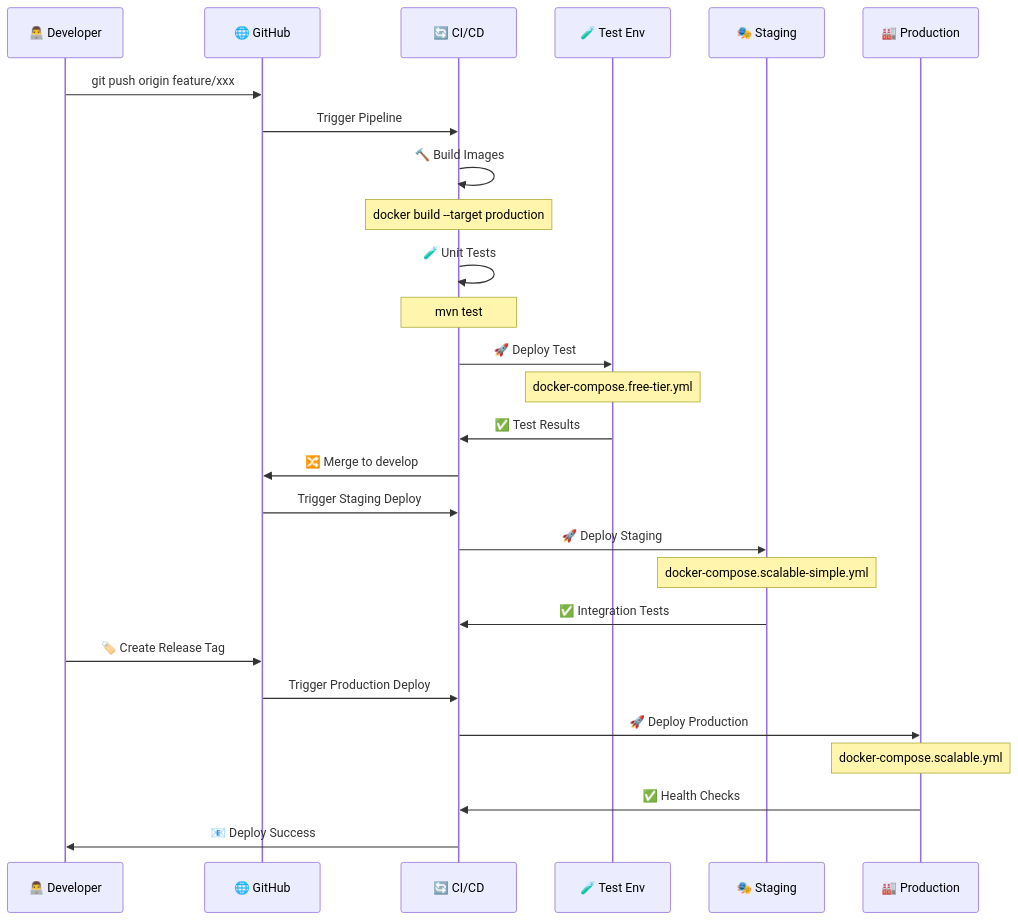
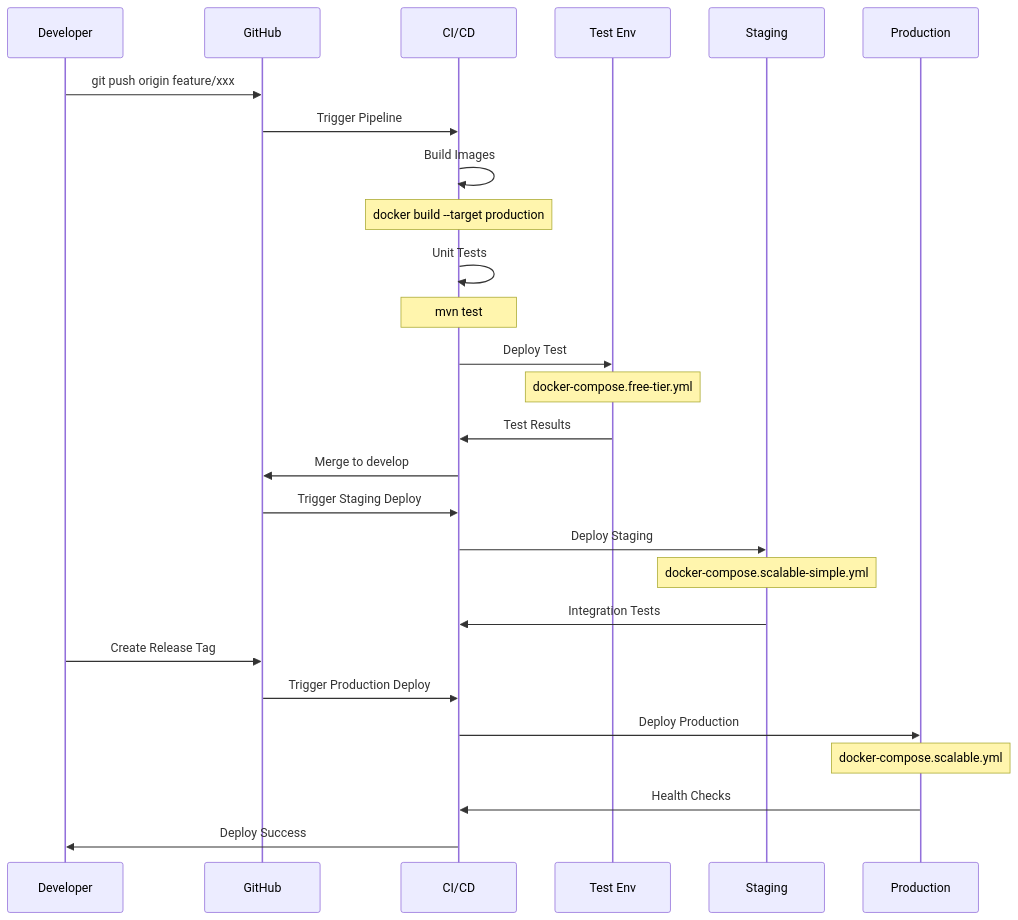
One commit to italo-costa/estudosKBNT_Kafka_Logs_V2_cleanCode changed the third of 7 diagrams in DEPLOYMENT_STRATEGIES.md. Above: the diagram before and after it, drawn with Mermaid. The commit also changed other lines of this file and 1 other file, not shown here.

First line of the commit message:
docs: Remove emojis from Mermaid diagrams for better GitHub rendering

````diff
--- a/DEPLOYMENT_STRATEGIES.md
+++ b/DEPLOYMENT_STRATEGIES.md
@@ -109,40 +109,40 @@
 ```mermaid
 sequenceDiagram
-    participant Dev as 👨‍💻 Developer
-    participant Git as 🌐 GitHub
-    participant CI as 🔄 CI/CD
-    participant Test as 🧪 Test Env
-    participant Staging as 🎭 Staging
-    participant Prod as 🏭 Production
+    participant Dev as Developer
+    participant Git as GitHub
+    participant CI as CI/CD
+    participant Test as Test Env
+    participant Staging as Staging
+    participant Prod as Production
     
     Dev->>Git: git push origin feature/xxx
     Git->>CI: Trigger Pipeline
     
-    CI->>CI: 🔨 Build Images
+    CI->>CI: Build Images
     note over CI: docker build --target production
     
-    CI->>CI: 🧪 Unit Tests
+    CI->>CI: Unit Tests
     note over CI: mvn test
     
-    CI->>Test: 🚀 Deploy Test
+    CI->>Test: Deploy Test
     note over Test: docker-compose.free-tier.yml
     
-    Test->>CI: ✅ Test Results
+    Test->>CI: Test Results
     
-    CI->>Git: 🔀 Merge to develop
+    CI->>Git: Merge to develop
     Git->>CI: Trigger Staging Deploy
     
-    CI->>Staging: 🚀 Deploy Staging
+    CI->>Staging: Deploy Staging
     note over Staging: docker-compose.scalable-simple.yml
     
-    Staging->>CI: ✅ Integration Tests
+    Staging->>CI: Integration Tests
     
-    Dev->>Git: 🏷️ Create Release Tag
+    Dev->>Git: Create Release Tag
     Git->>CI: Trigger Production Deploy
     
-    CI->>Prod: 🚀 Deploy Production
+    CI->>Prod: Deploy Production
     note over Prod: docker-compose.scalable.yml
     
-    Prod->>CI: ✅ Health Checks
-    CI->>Dev: 📧 Deploy Success
+    Prod->>CI: Health Checks
+    CI->>Dev: Deploy Success
 ```
````
